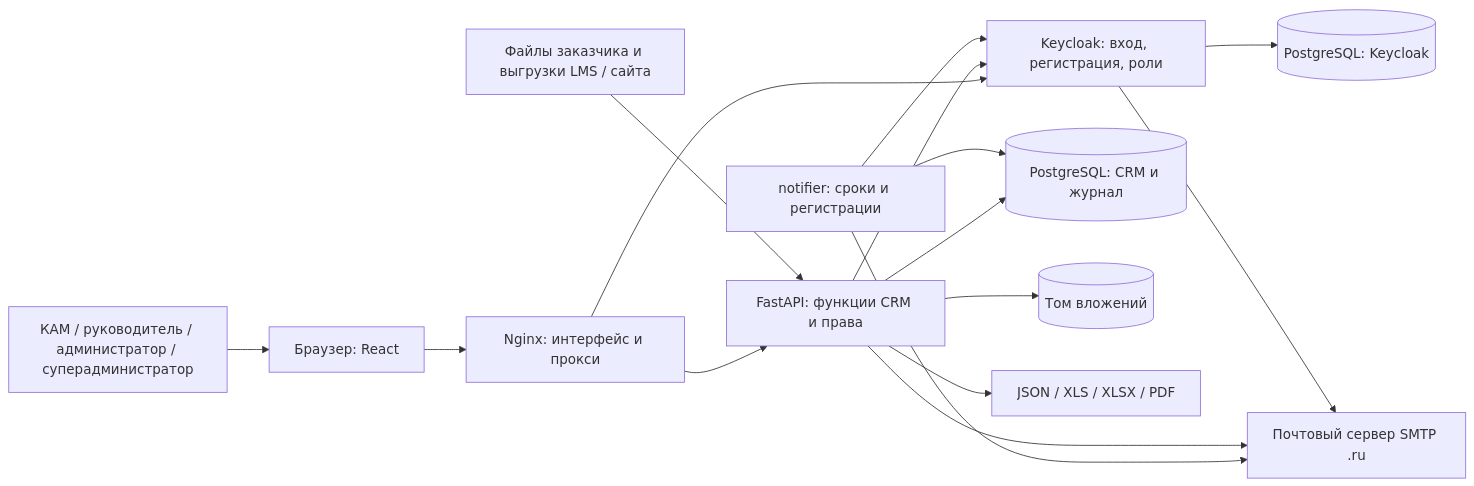
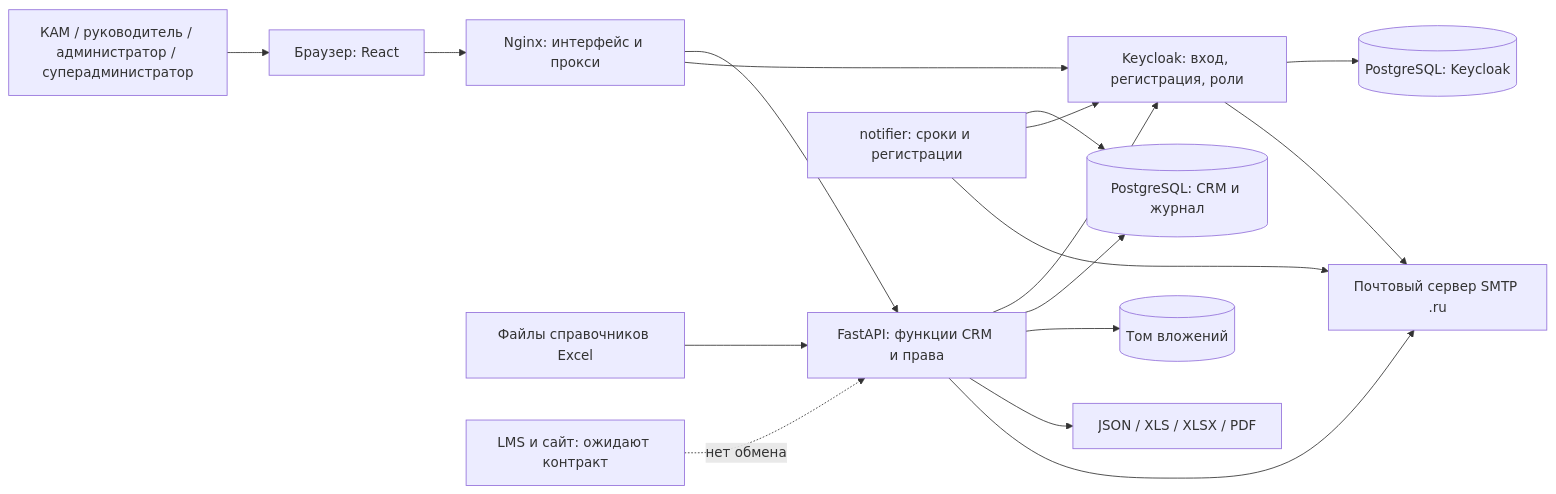
Before and after one commit to aleksey-kovalchuk-1/edu_crm: the diagram in docs/delivery/architecture.md, drawn with Mermaid. The commit also changed other lines of this file and 13 other files, not shown here.

````diff
--- a/docs/delivery/architecture.md
+++ b/docs/delivery/architecture.md
@@ -20,18 +21,19 @@
 ```mermaid
 flowchart LR
     U[КАМ / руководитель / администратор / суперадминистратор] --> W[Браузер: React]
     W --> N[Nginx: интерфейс и прокси]
     N --> A[FastAPI: функции CRM и права]
     N --> K[Keycloak: вход, регистрация, роли]
     A --> K
     A --> P[(PostgreSQL: CRM и журнал)]
     K --> P2[(PostgreSQL: Keycloak)]
     A --> F[(Том вложений)]
     A --> E[JSON / XLS / XLSX / PDF]
-    X[Файлы заказчика и выгрузки LMS / сайта] --> A
+    X[Файлы справочников Excel] --> A
+    L[LMS и сайт: ожидают контракт] -.->|нет обмена| A
     S[notifier: сроки и регистрации] --> P
     S --> K
     S --> M[Почтовый сервер SMTP .ru]
     A --> M
     K --> M
 ```
````
